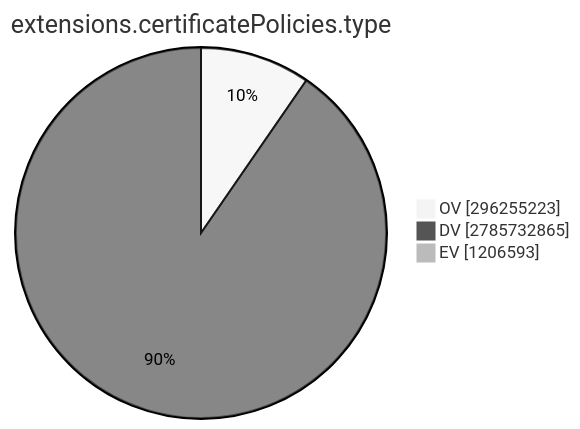
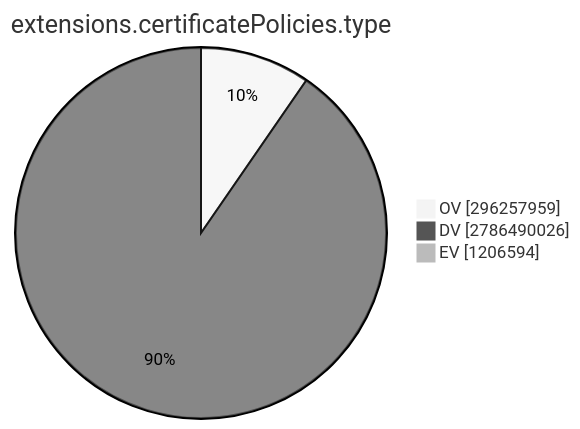
The ninth of 15 diagrams in TOTAL/README.md (christiankrug/ctmonitor_visualization), drawn with Mermaid (neutral theme) before and after one commit. The commit also changed other lines of this file, not shown here.

````diff
--- a/TOTAL/README.md
+++ b/TOTAL/README.md
@@ -3099,7 +3099,7 @@
 ```mermaid
 pie showData
 title extensions.certificatePolicies.type
-"OV" :296255223
-"DV" :2785732865
-"EV" :1206593
+"OV" :296257959
+"DV" :2786490026
+"EV" :1206594
 ```
````
